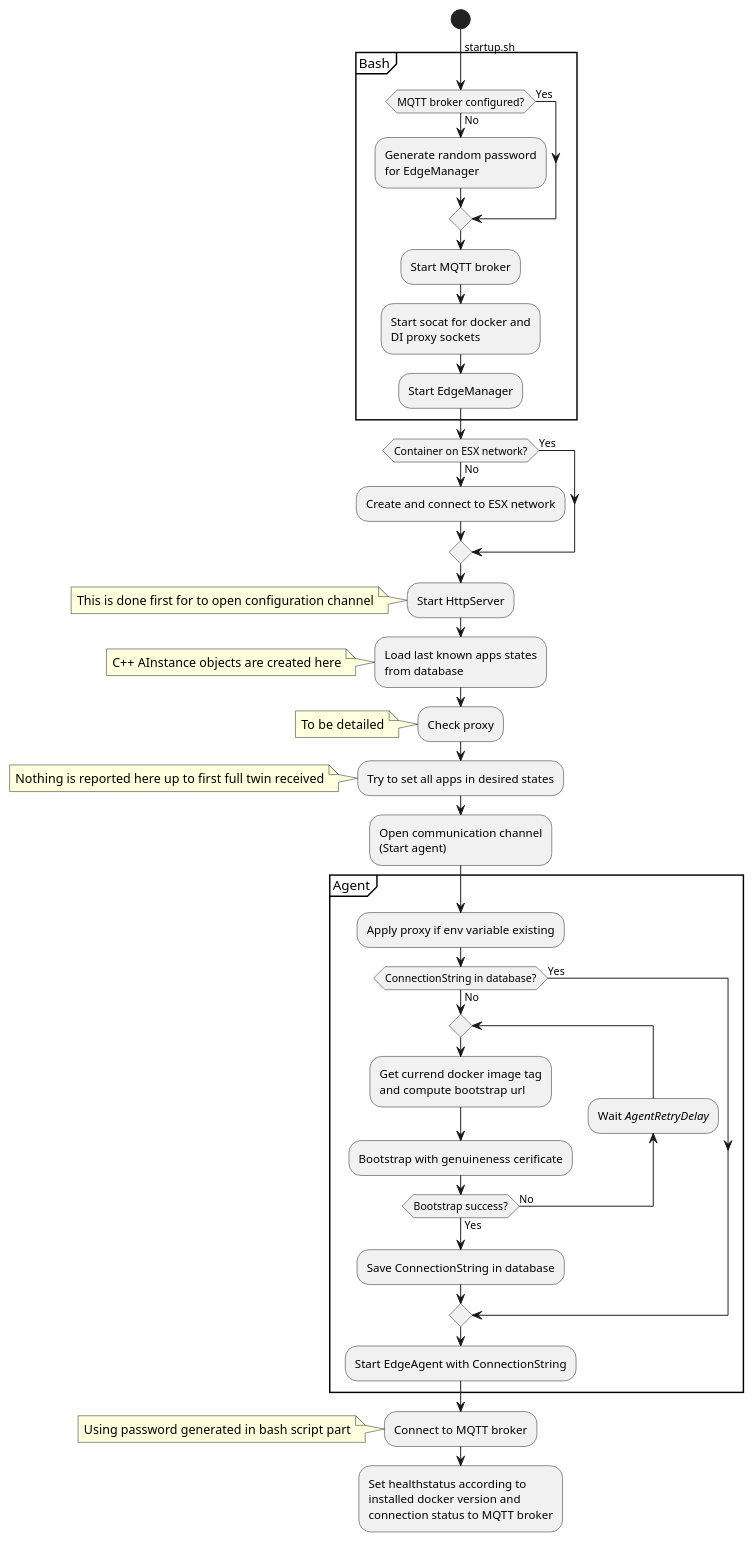
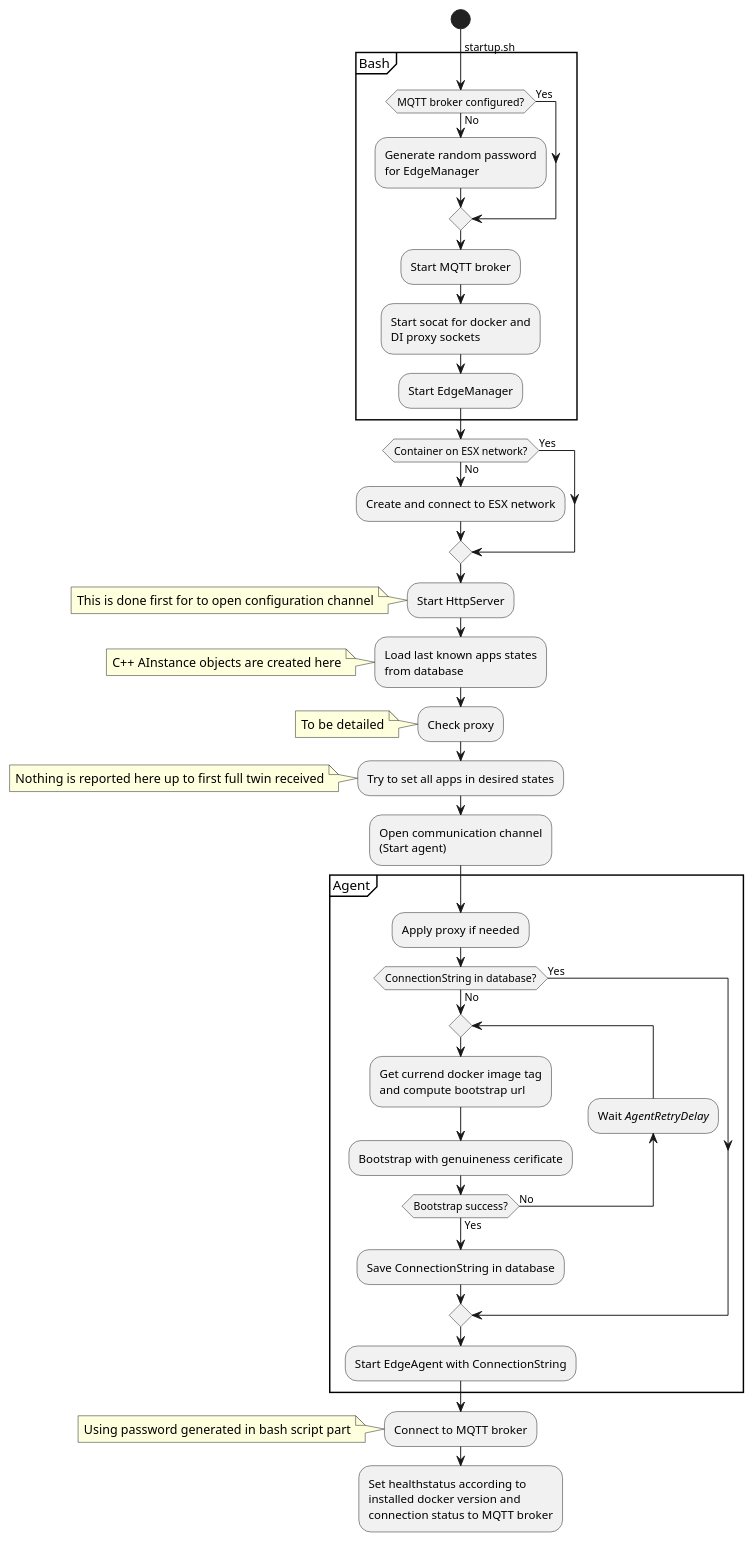
One commit to se-edge/framework-diagrams changed the diagram in UseCases/Startup/Startup.activity.puml. Above: the diagram before and after it, drawn with PlantUML.

Commit message:
update Startup activity diagram

```diff
--- a/UseCases/Startup/Startup.activity.puml
+++ b/UseCases/Startup/Startup.activity.puml
@@ -1,59 +1,59 @@
 @startuml
 start
 -> startup.sh;
 partition Bash {
     if (MQTT broker configured?) then (No)
         :Generate random password
 for EdgeManager;
     else (Yes)
     endif
     :Start MQTT broker;
     :Start socat for docker and
 DI proxy sockets;
     :Start EdgeManager;
 }
 
 if (Container on ESX network?) then (No)
     :Create and connect to ESX network;
 else (Yes)
 endif
 
 :Start HttpServer;
 note left: This is done first for to open configuration channel
 
 :Load last known apps states
 from database;
 note left: C++ AInstance objects are created here
 
 :Check proxy;
 note left: To be detailed
 
 :Try to set all apps in desired states;
 note left: Nothing is reported here up to first full twin received
 
 :Open communication channel
 (Start agent);
 
 partition Agent {
-    :Apply proxy if env variable existing;
+    :Apply proxy if needed;
     if (ConnectionString in database?) then (No)
         repeat
             :Get currend docker image tag
 and compute bootstrap url;
             :Bootstrap with genuineness cerificate;
             backward :Wait //AgentRetryDelay//;
         repeat while (Bootstrap success?) is (No) not (Yes)
         :Save ConnectionString in database;
     else (Yes)
     endif
     :Start EdgeAgent with ConnectionString;
 }
 
 :Connect to MQTT broker;
 note left: Using password generated in bash script part
 
 :Set healthstatus according to
 installed docker version and
 connection status to MQTT broker;
 
 @enduml
```
